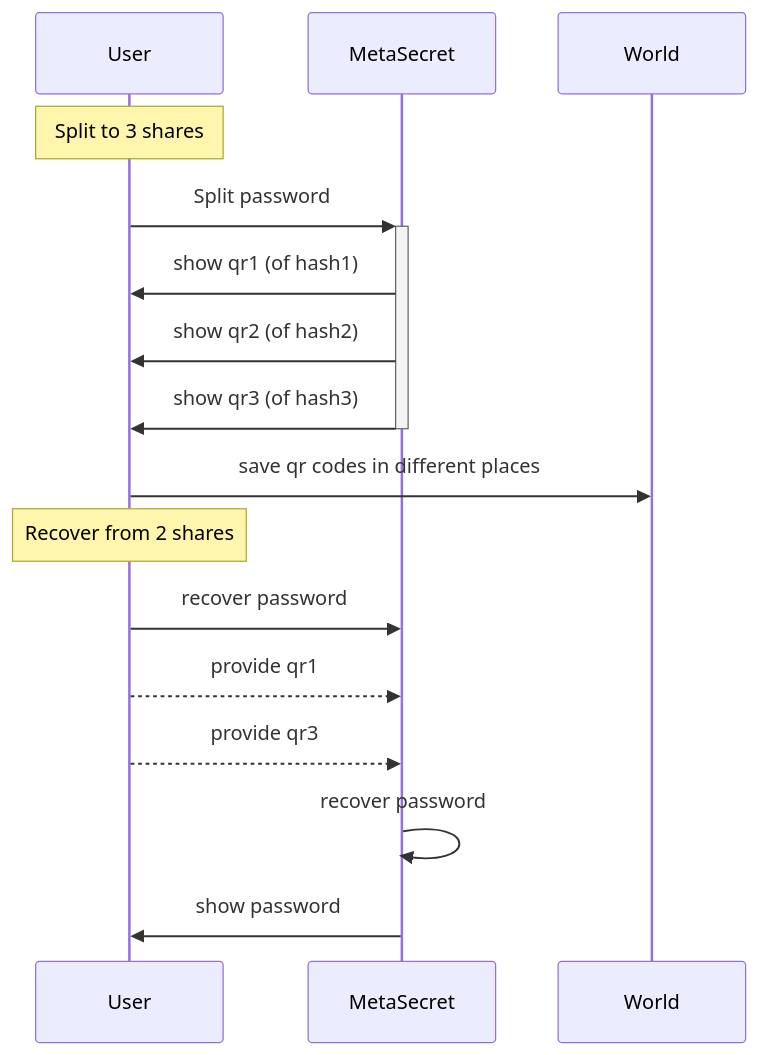
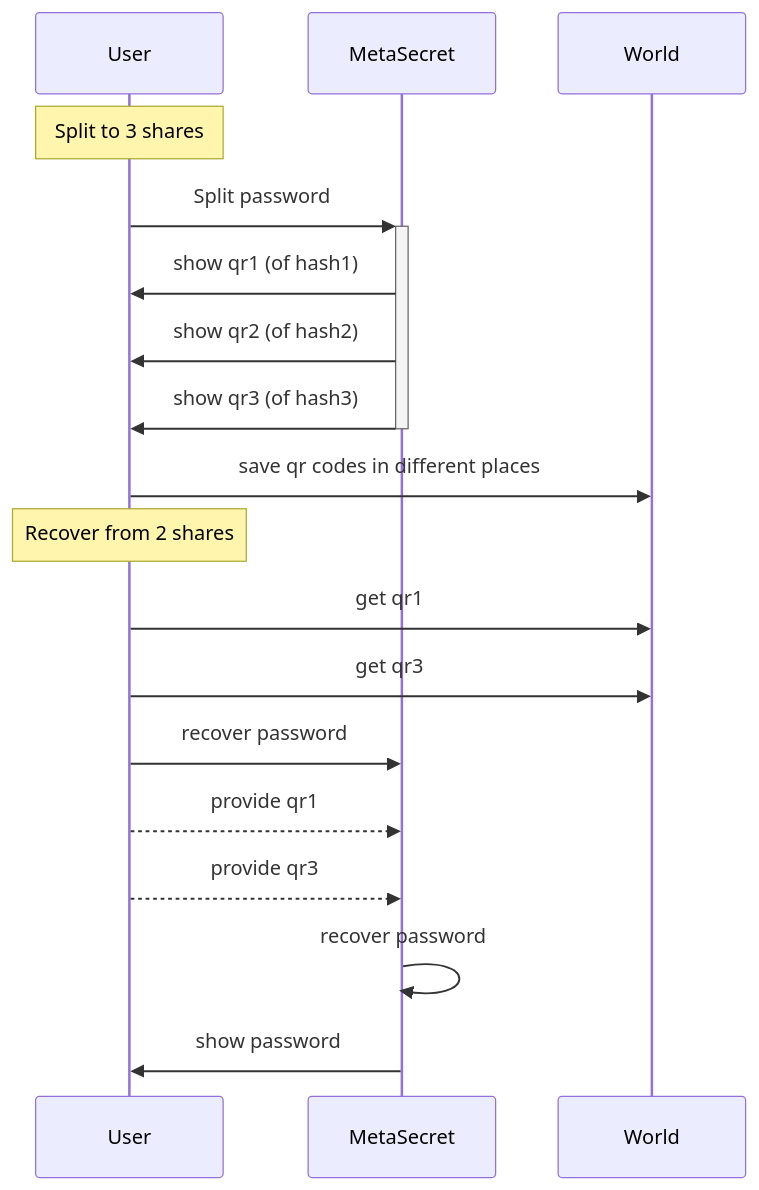
The second of 2 diagrams in README.md (meta-secret/meta-secret-node), drawn with Mermaid before and after one commit.

Commit message:
readme: add sequence diagram

````diff
--- a/README.md
+++ b/README.md
@@ -25,17 +25,20 @@
 ```mermaid
 sequenceDiagram
     note over User: Split to 3 shares
     User->>+MetaSecret: Split password
     
     MetaSecret->>User: show qr1 (of hash1)
     MetaSecret->>User: show qr2 (of hash2)
     MetaSecret->>-User: show qr3 (of hash3)
     User ->> World: save qr codes in different places
 
     note over User: Recover from 2 shares
+    User ->> World: get qr1
+    User ->> World: get qr3
+
     User ->> MetaSecret: recover password
     User -->> MetaSecret: provide qr1
     User -->> MetaSecret: provide qr3
     MetaSecret ->> MetaSecret: recover password
     MetaSecret ->> User: show password
 ```
````
